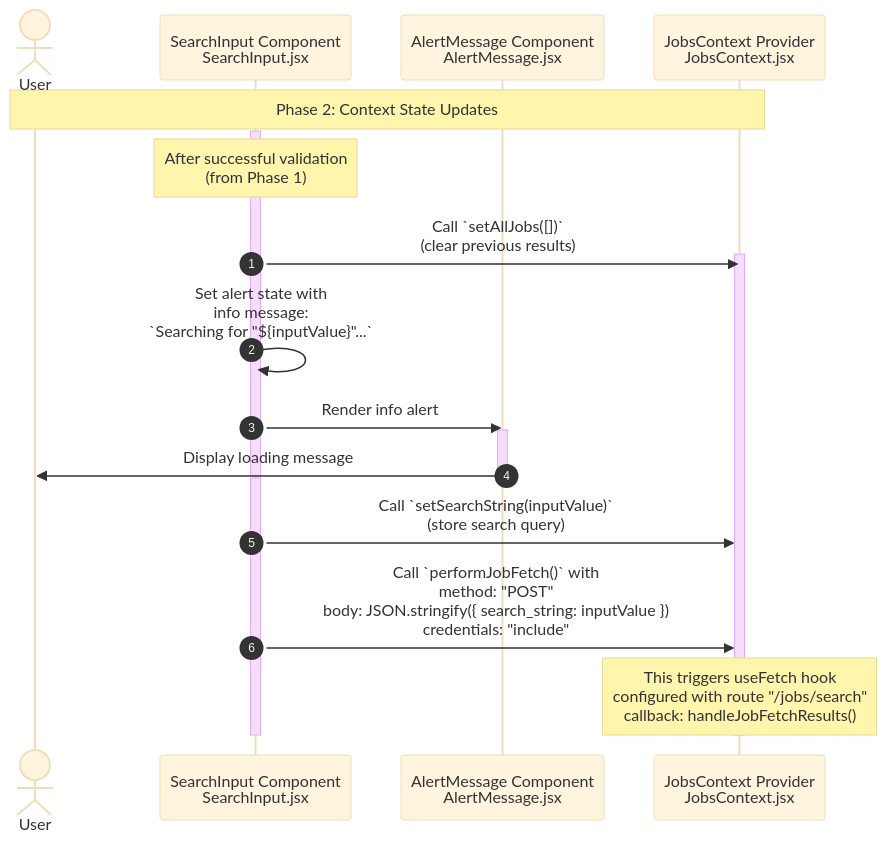
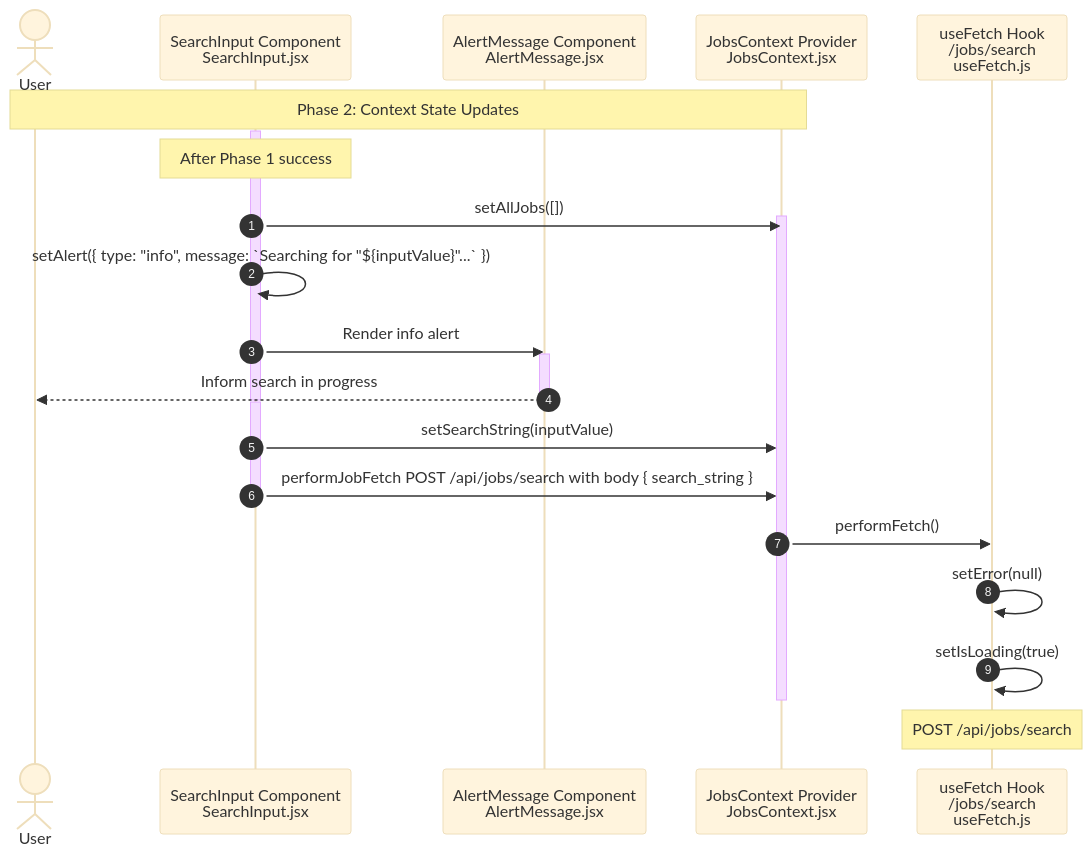
Before and after one commit to YahyaAl-Ademi/2025.10.23-JobCompass: the diagram in documentation/jobFetch/2.Context State Updates.md, drawn with Mermaid (base theme). The commit also changed 14 other files, not shown here.

Commit message:
Refactor job fetch documentation: Update background scraper fetch, database caching, travel details, and response delivery processes; enhance flowchart for clarity and accuracy.

````diff
--- a/documentation/jobFetch/2.Context State Updates.md
+++ b/documentation/jobFetch/2.Context State Updates.md
@@ -7,37 +7,44 @@
 ```mermaid
 sequenceDiagram
     autonumber
     actor User
     %% File paths:
     %% SearchInput: client/src/components/SearchInput/SearchInput.jsx
     %% AlertMessage: client/src/components/AlertMessage/AlertMessage.jsx
     %% JobsContext: client/src/context/JobsContext.jsx
+    %% useFetch: client/src/hooks/useFetch.js
     participant SearchInput as SearchInput Component<br/>SearchInput.jsx
     participant AlertMessage as AlertMessage Component<br/>AlertMessage.jsx
     participant JobsContext as JobsContext Provider<br/>JobsContext.jsx
+    participant useFetch_1 as useFetch Hook<br/>/jobs/search<br/>useFetch.js
 
     Note over User,JobsContext: Phase 2: Context State Updates
     activate SearchInput
-    Note over SearchInput: After successful validation<br/>(from Phase 1)
-    SearchInput->>JobsContext: Call `setAllJobs([])`<br/>(clear previous results)
+    Note over SearchInput: After Phase 1 success
+    SearchInput->>JobsContext: setAllJobs([])
     activate JobsContext
     deactivate SearchInput
 
     activate SearchInput
-    SearchInput->>SearchInput: Set alert state with<br/>info message:<br/>`Searching for "${inputValue}"...`
+    SearchInput->>SearchInput: setAlert({ type: "info", message: `Searching for "${inputValue}"...` })
     SearchInput->>AlertMessage: Render info alert
     activate AlertMessage
-    AlertMessage->>User: Display loading message
+    AlertMessage-->>User: Inform search in progress
     deactivate AlertMessage
     deactivate SearchInput
 
     activate SearchInput
-    SearchInput->>JobsContext: Call `setSearchString(inputValue)`<br/>(store search query)
+    SearchInput->>JobsContext: setSearchString(inputValue)
     deactivate SearchInput
 
     activate SearchInput
-    SearchInput->>JobsContext: Call `performJobFetch()` with<br/>method: "POST"<br/>body: JSON.stringify({ search_string: inputValue })<br/>credentials: "include"
-    Note over JobsContext: This triggers useFetch hook<br/>configured with route "/jobs/search"<br/>callback: handleJobFetchResults()
+    SearchInput->>JobsContext: performJobFetch POST /api/jobs/search with body { search_string }
     deactivate SearchInput
+
+    JobsContext->>useFetch_1: performFetch()
+    activate useFetch_1
+    useFetch_1->>useFetch_1: setError(null)
+    useFetch_1->>useFetch_1: setIsLoading(true)
     deactivate JobsContext
+    Note over useFetch_1: POST /api/jobs/search
 ```
````
